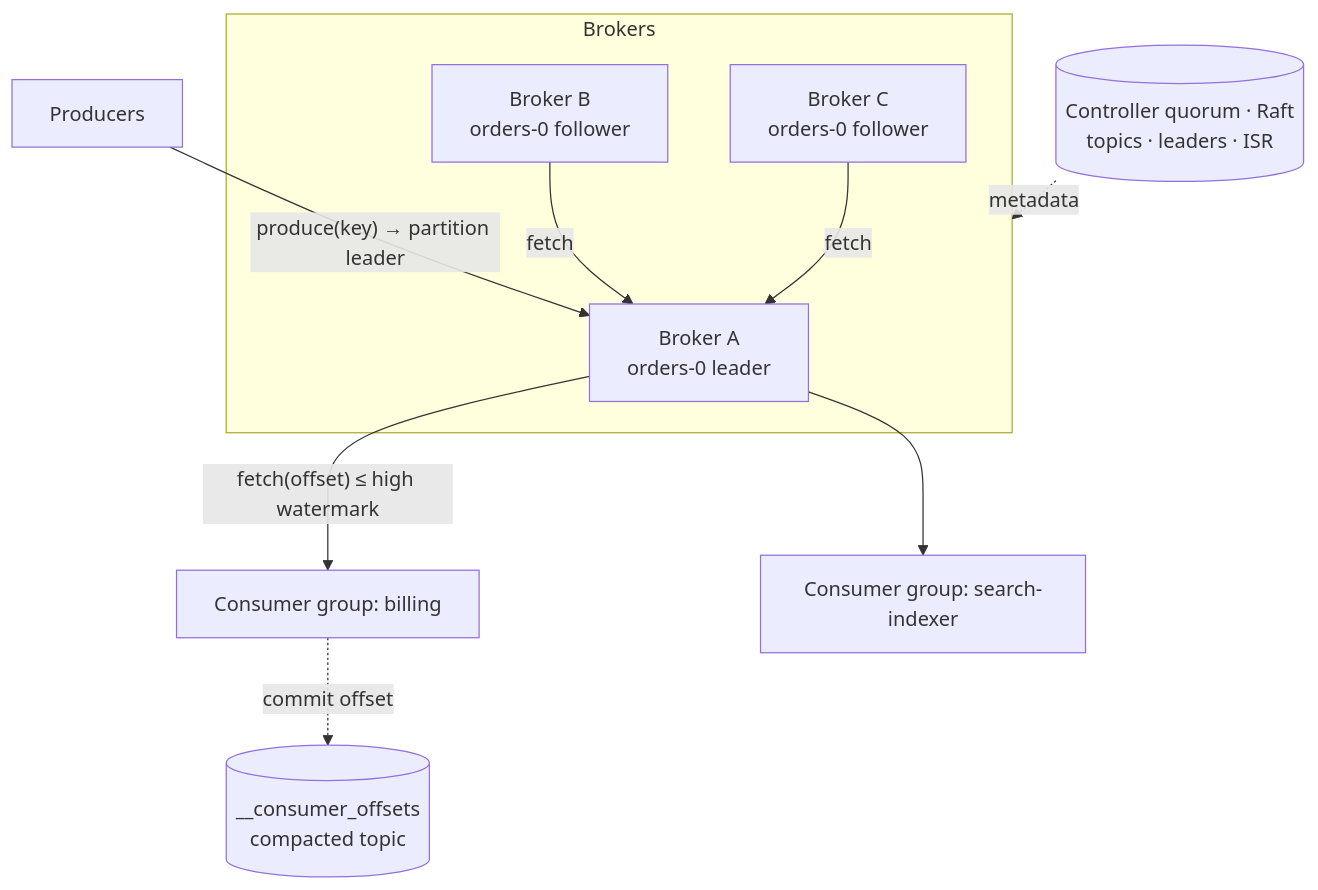
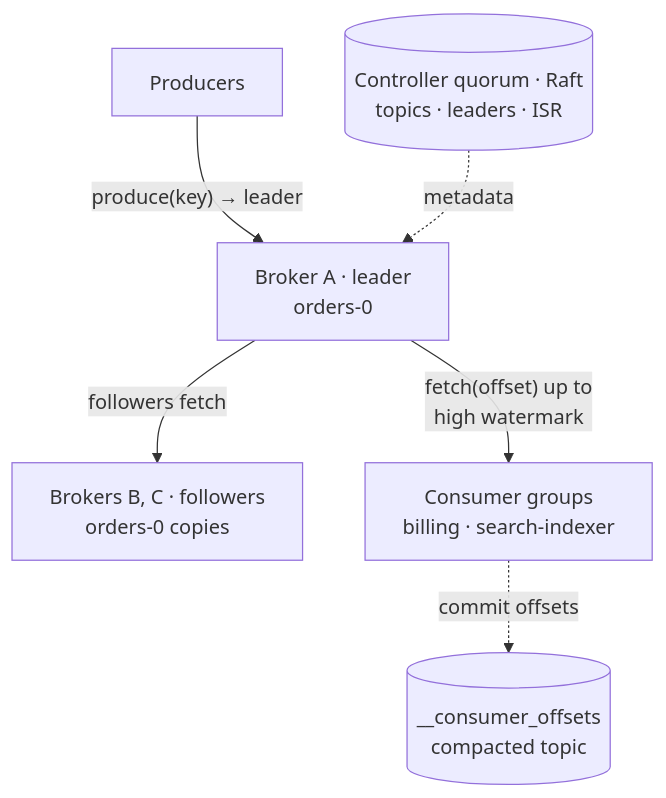
Before and after one commit to dhaval-76/engineering-field-guide: the diagram in src/content/topics/system-design/messaging-system/diagrams/log-system.mmd, drawn with Mermaid. The commit also changed 22 other files, not shown here.

Commit message:
System design diagrams: narrow layouts for phones

```diff
--- a/src/content/topics/system-design/messaging-system/diagrams/log-system.mmd
+++ b/src/content/topics/system-design/messaging-system/diagrams/log-system.mmd
@@ -1,13 +1,6 @@
 flowchart TD
-  PR[Producers] -- "produce(key) → partition leader" --> L0
-  subgraph Brokers
-    L0[Broker A<br/>orders-0 leader]
-    F0[Broker B<br/>orders-0 follower]
-    F1[Broker C<br/>orders-0 follower]
-  end
-  F0 -- fetch --> L0
-  F1 -- fetch --> L0
-  CQ[(Controller quorum · Raft<br/>topics · leaders · ISR)] -. metadata .-> Brokers
-  L0 -- "fetch(offset) ≤ high watermark" --> CG1[Consumer group: billing]
-  L0 --> CG2[Consumer group: search-indexer]
-  CG1 -. commit offset .-> OT[(__consumer_offsets<br/>compacted topic)]
+  PR[Producers] -- "produce(key) → leader" --> L0[Broker A · leader<br/>orders-0]
+  L0 -- "followers fetch" --> F[Brokers B, C · followers<br/>orders-0 copies]
+  CQ[(Controller quorum · Raft<br/>topics · leaders · ISR)] -. metadata .-> L0
+  L0 -- "fetch(offset) up to<br/>high watermark" --> CG[Consumer groups<br/>billing · search-indexer]
+  CG -. commit offsets .-> OT[(__consumer_offsets<br/>compacted topic)]
```
